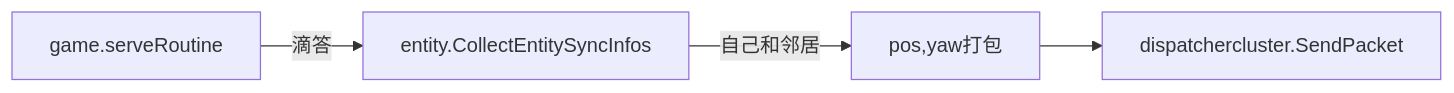
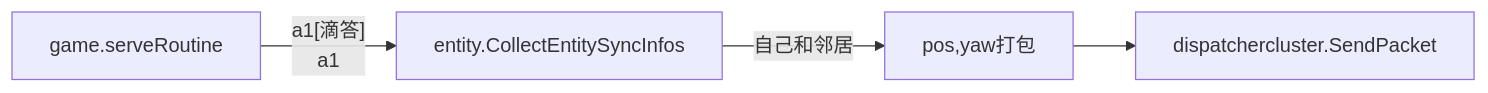
One commit to hammercui/book-list changed the third of 3 diagrams in 9.项目阅读笔记/4.3entity.md. Above: the diagram before and after it, drawn with Mermaid.

Commit message:
add: 阅读笔记

````diff
--- a/9.项目阅读笔记/4.3entity.md
+++ b/9.项目阅读笔记/4.3entity.md
@@ -69,4 +69,7 @@
 ```mermaid
 graph LR
-	a[game.serveRoutine]--滴答-->b[entity.CollectEntitySyncInfos]--自己和邻居-->c[pos,yaw打包]-->d[dispatchercluster.SendPacket]
+	a[game.serveRoutine]--a1[滴答]
+    a1-->b[entity.CollectEntitySyncInfos]
+    b--自己和邻居-->c[pos,yaw打包]
+    c-->d[dispatchercluster.SendPacket]
 ```
````
